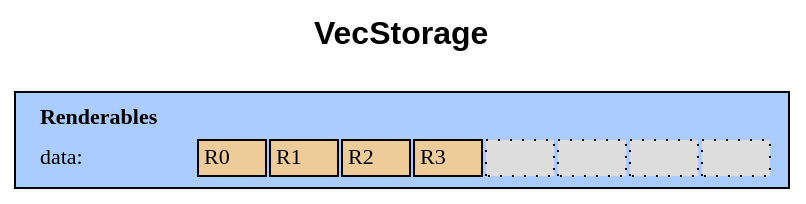
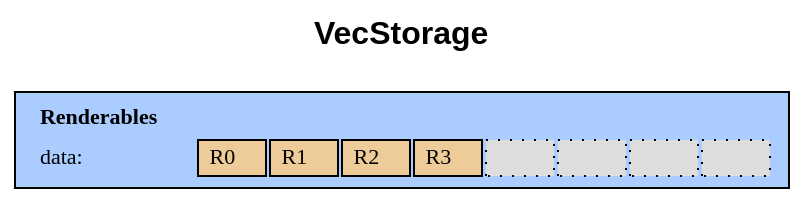
One commit to azriel91/ecs_paradigm changed the diagram in assets/dot/storage_vec.dot. Above: the diagram before and after it, drawn with Graphviz. The commit also changed 29 other files, not shown here.

Commit message:
Updated diagrams to be more polished.

```diff
--- a/assets/dot/storage_vec.dot
+++ b/assets/dot/storage_vec.dot
@@ -1,37 +1,37 @@
 digraph VecStorage {
     graph [
         fontname = "Arial",
         fontsize = 16,
         label = <<b>VecStorage<br /><br /></b>>,
         labelloc = top,
         bgcolor = "transparent",
     ];
 
     node [
         fillcolor = "#aaccff",
         fontname = "consolas",
         fontsize = 11,
         shape = box,
         style = filled,
         width = 5;
     ];
 
     // Label definitions
 
     renderables [
         label = <<table border="0" cellborder="0">
             <tr><td align="left"><b>Renderables</b></td></tr>
             <tr cellspacing="0">
                 <td align="left">data: </td>
-                <td border="1" bgcolor="#eecc99"> R0 </td>
-                <td border="1" bgcolor="#eecc99"> R1 </td>
-                <td border="1" bgcolor="#eecc99"> R2 </td>
-                <td border="1" bgcolor="#eecc99"> R3 </td>
+                <td border="1" bgcolor="#eecc99">&nbsp;R0&nbsp;</td>
+                <td border="1" bgcolor="#eecc99">&nbsp;R1&nbsp;</td>
+                <td border="1" bgcolor="#eecc99">&nbsp;R2&nbsp;</td>
+                <td border="1" bgcolor="#eecc99">&nbsp;R3&nbsp;</td>
                 <td border="1" bgcolor="#dddddd" style="dotted">    </td>
                 <td border="1" bgcolor="#dddddd" style="dotted">    </td>
                 <td border="1" bgcolor="#dddddd" style="dotted">    </td>
                 <td border="1" bgcolor="#dddddd" style="dotted">    </td>
             </tr>
         </table>>,
     ];
 }
```
